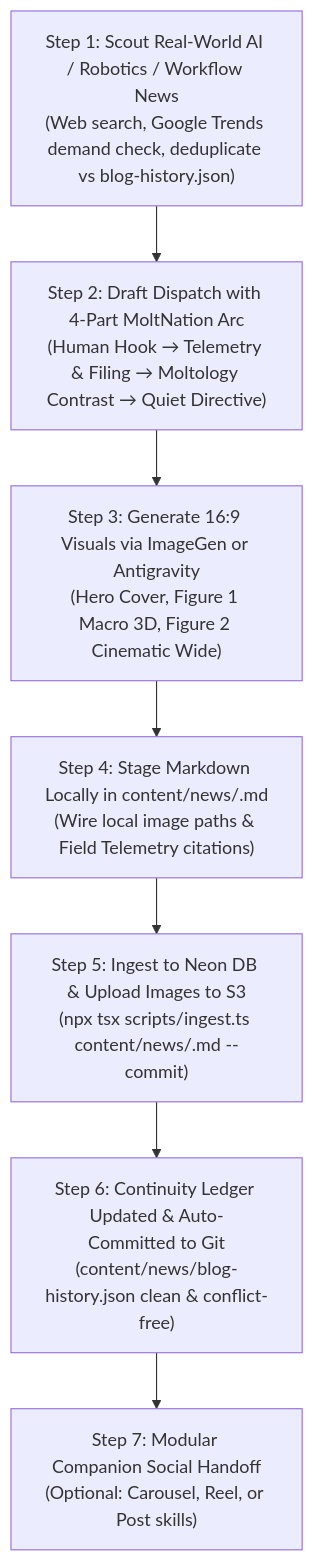
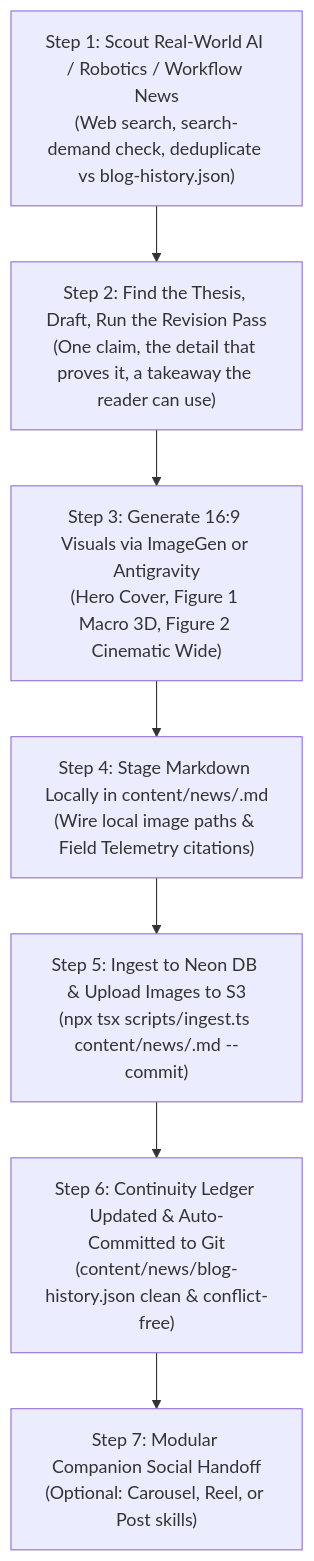
One commit to mstupp1/moltology changed the diagram in .agents/skills/blog-creator/SKILL.md. Above: the diagram before and after it, drawn with Mermaid. The commit also changed other lines of this file and 3 other files, not shown here.

First line of the commit message:
docs(blog-creator): thesis-first drafting, title rules, and a revision pass

````diff
--- a/.agents/skills/blog-creator/SKILL.md
+++ b/.agents/skills/blog-creator/SKILL.md
@@ -37,9 +38,9 @@
 ```mermaid
 flowchart TD
-    A["Step 1: Scout Real-World AI / Robotics / Workflow News<br/>(Web search, Google Trends demand check, deduplicate vs blog-history.json)"] --> B["Step 2: Draft Dispatch with 4-Part MoltNation Arc<br/>(Human Hook → Telemetry & Filing → Moltology Contrast → Quiet Directive)"]
+    A["Step 1: Scout Real-World AI / Robotics / Workflow News<br/>(Web search, search-demand check, deduplicate vs blog-history.json)"] --> B["Step 2: Find the Thesis, Draft, Run the Revision Pass<br/>(One claim, the detail that proves it, a takeaway the reader can use)"]
     B --> C["Step 3: Generate 16:9 Visuals via ImageGen or Antigravity<br/>(Hero Cover, Figure 1 Macro 3D, Figure 2 Cinematic Wide)"]
     C --> D["Step 4: Stage Markdown Locally in content/news/<slug>.md<br/>(Wire local image paths & Field Telemetry citations)"]
     D --> E["Step 5: Ingest to Neon DB & Upload Images to S3<br/>(npx tsx scripts/ingest.ts content/news/<slug>.md --commit)"]
     E --> F["Step 6: Continuity Ledger Updated & Auto-Committed to Git<br/>(content/news/blog-history.json clean & conflict-free)"]
     F --> G["Step 7: Modular Companion Social Handoff<br/>(Optional: Carousel, Reel, or Post skills)"]
 ```
````
